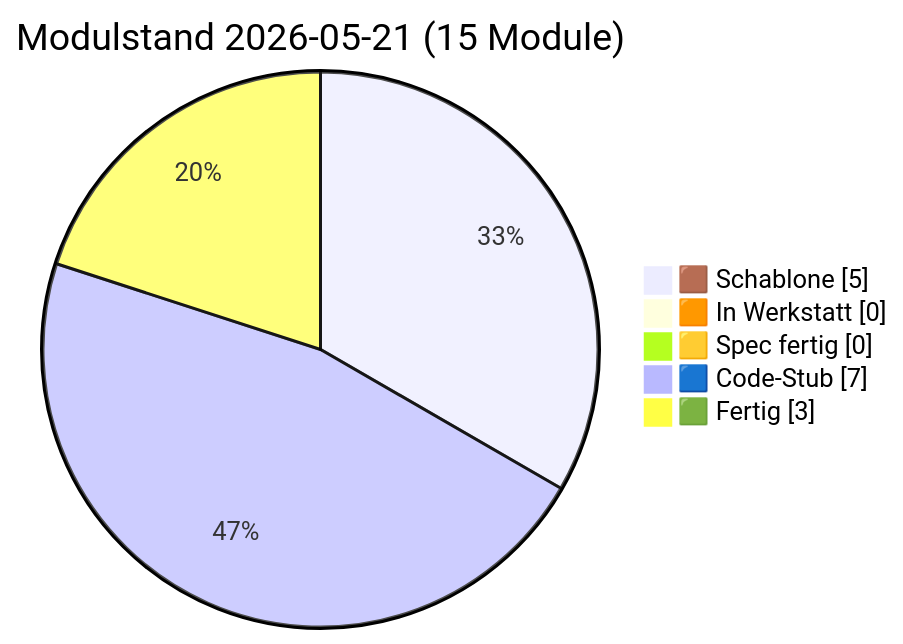
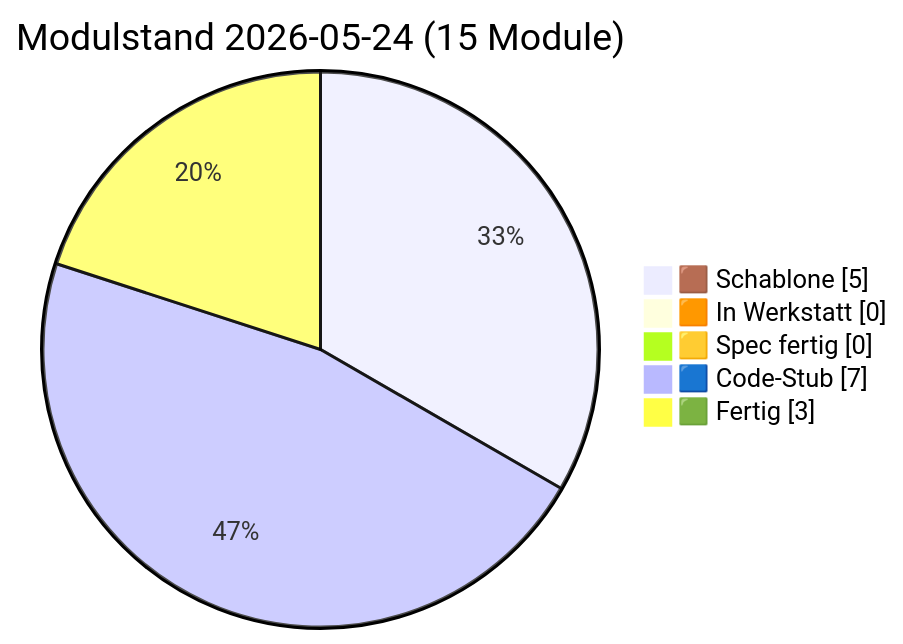
One commit to lausiklauskn-png/Sage-Protokol changed the diagram in docs/PULS.md. Above: the diagram before and after it, drawn with Mermaid. The commit also changed other lines of this file and 5 other files, not shown here.

````diff
--- a/docs/PULS.md
+++ b/docs/PULS.md
@@ -21,9 +21,9 @@
 ```mermaid
 pie showData
-  title Modulstand 2026-05-21 (15 Module)
+  title Modulstand 2026-05-24 (15 Module)
   "🟫 Schablone" : 5
   "🟧 In Werkstatt" : 0
   "🟨 Spec fertig" : 0
   "🟦 Code-Stub" : 7
   "🟩 Fertig" : 3
 ```
````
